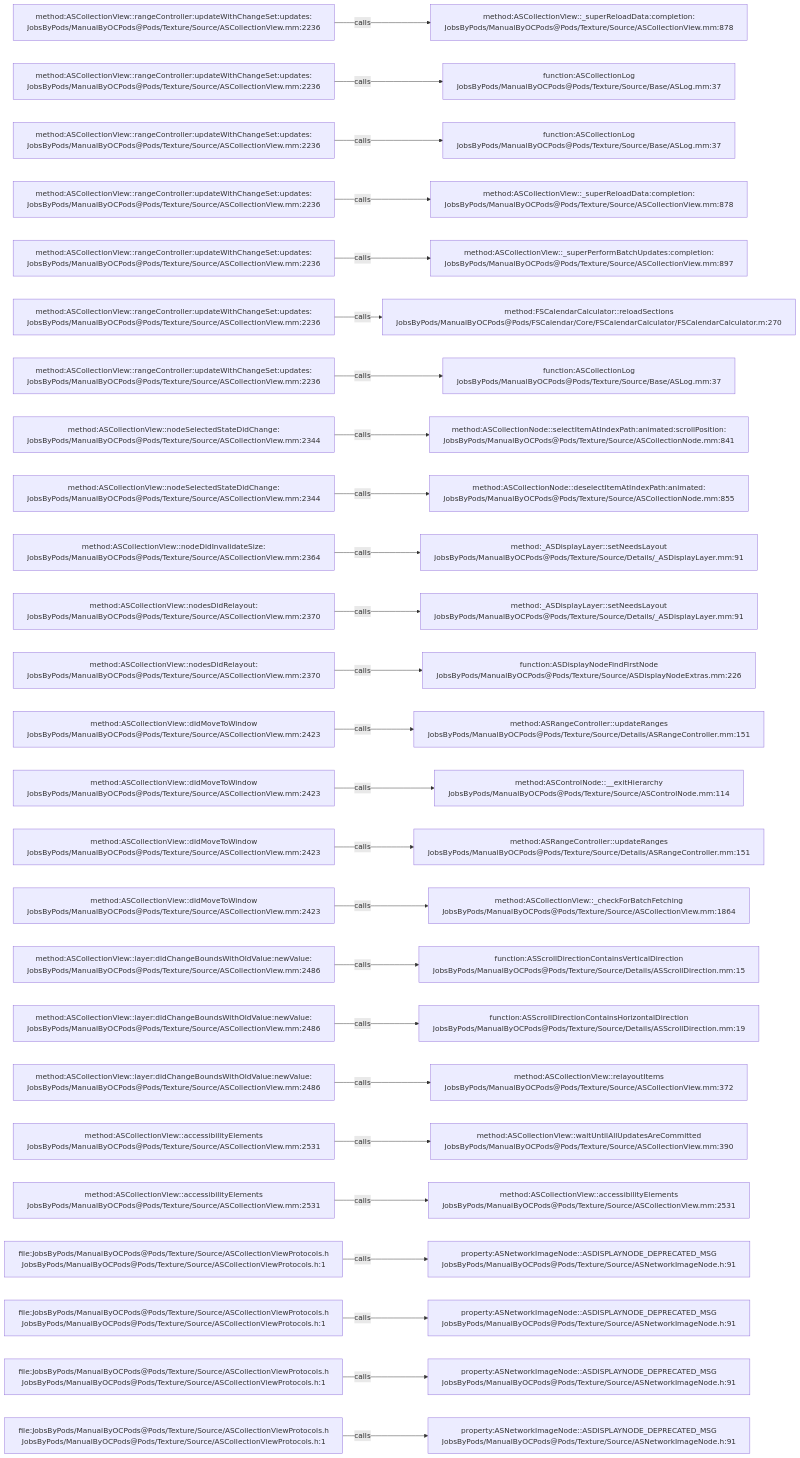
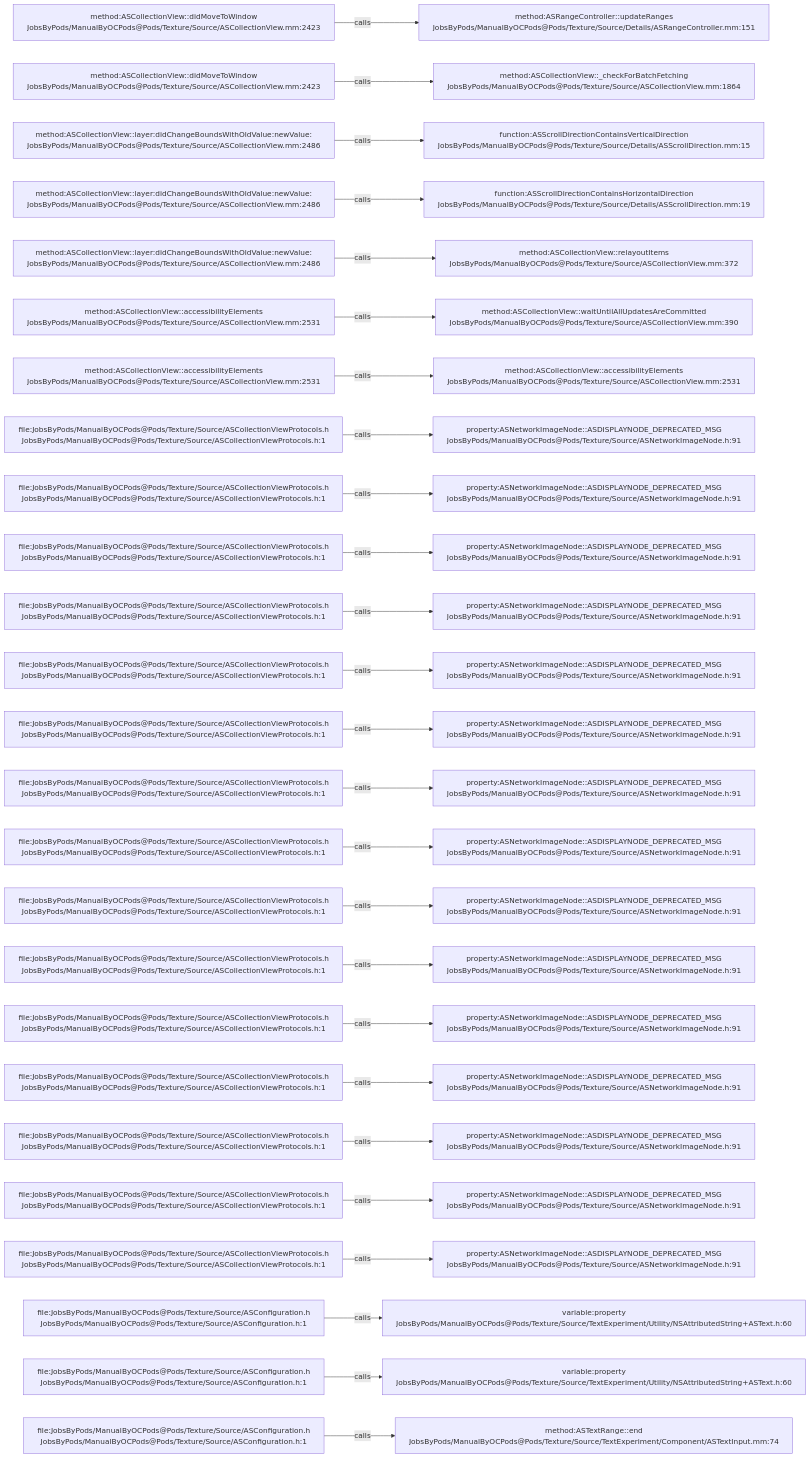
The diagram in .codegraph/codegraph.md/graphs/calls-086.md (JobsKits/JobsOCBaseConfigDemo), drawn with Mermaid before and after one commit. The commit also changed 296 other files, not shown here.

````diff
--- a/.codegraph/codegraph.md/graphs/calls-086.md
+++ b/.codegraph/codegraph.md/graphs/calls-086.md
@@ -13,78 +13,78 @@
 ```mermaid
 flowchart LR
-  S1["method:ASCollectionView::rangeController:updateWithChangeSet:updates:<br/>JobsByPods/ManualByOCPods@Pods/Texture/Source/ASCollectionView.mm:2236"]
-  T1["method:ASCollectionView::_superReloadData:completion:<br/>JobsByPods/ManualByOCPods@Pods/Texture/Source/ASCollectionView.mm:878"]
+  S1["method:ASCollectionView::didMoveToWindow<br/>JobsByPods/ManualByOCPods@Pods/Texture/Source/ASCollectionView.mm:2423"]
+  T1["method:ASRangeController::updateRanges<br/>JobsByPods/ManualByOCPods@Pods/Texture/Source/Details/ASRangeController.mm:151"]
   S1 -->|calls| T1
-  S2["method:ASCollectionView::rangeController:updateWithChangeSet:updates:<br/>JobsByPods/ManualByOCPods@Pods/Texture/Source/ASCollectionView.mm:2236"]
-  T2["function:ASCollectionLog<br/>JobsByPods/ManualByOCPods@Pods/Texture/Source/Base/ASLog.mm:37"]
+  S2["method:ASCollectionView::didMoveToWindow<br/>JobsByPods/ManualByOCPods@Pods/Texture/Source/ASCollectionView.mm:2423"]
+  T2["method:ASCollectionView::_checkForBatchFetching<br/>JobsByPods/ManualByOCPods@Pods/Texture/Source/ASCollectionView.mm:1864"]
   S2 -->|calls| T2
-  S3["method:ASCollectionView::rangeController:updateWithChangeSet:updates:<br/>JobsByPods/ManualByOCPods@Pods/Texture/Source/ASCollectionView.mm:2236"]
-  T3["function:ASCollectionLog<br/>JobsByPods/ManualByOCPods@Pods/Texture/Source/Base/ASLog.mm:37"]
+  S3["method:ASCollectionView::layer:didChangeBoundsWithOldValue:newValue:<br/>JobsByPods/ManualByOCPods@Pods/Texture/Source/ASCollectionView.mm:2486"]
+  T3["function:ASScrollDirectionContainsVerticalDirection<br/>JobsByPods/ManualByOCPods@Pods/Texture/Source/Details/ASScrollDirection.mm:15"]
   S3 -->|calls| T3
-  S4["method:ASCollectionView::rangeController:updateWithChangeSet:updates:<br/>JobsByPods/ManualByOCPods@Pods/Texture/Source/ASCollectionView.mm:2236"]
-  T4["method:ASCollectionView::_superReloadData:completion:<br/>JobsByPods/ManualByOCPods@Pods/Texture/Source/ASCollectionView.mm:878"]
+  S4["method:ASCollectionView::layer:didChangeBoundsWithOldValue:newValue:<br/>JobsByPods/ManualByOCPods@Pods/Texture/Source/ASCollectionView.mm:2486"]
+  T4["function:ASScrollDirectionContainsHorizontalDirection<br/>JobsByPods/ManualByOCPods@Pods/Texture/Source/Details/ASScrollDirection.mm:19"]
   S4 -->|calls| T4
-  S5["method:ASCollectionView::rangeController:updateWithChangeSet:updates:<br/>JobsByPods/ManualByOCPods@Pods/Texture/Source/ASCollectionView.mm:2236"]
-  T5["method:ASCollectionView::_superPerformBatchUpdates:completion:<br/>JobsByPods/ManualByOCPods@Pods/Texture/Source/ASCollectionView.mm:897"]
+  S5["method:ASCollectionView::layer:didChangeBoundsWithOldValue:newValue:<br/>JobsByPods/ManualByOCPods@Pods/Texture/Source/ASCollectionView.mm:2486"]
+  T5["method:ASCollectionView::relayoutItems<br/>JobsByPods/ManualByOCPods@Pods/Texture/Source/ASCollectionView.mm:372"]
   S5 -->|calls| T5
-  S6["method:ASCollectionView::rangeController:updateWithChangeSet:updates:<br/>JobsByPods/ManualByOCPods@Pods/Texture/Source/ASCollectionView.mm:2236"]
-  T6["method:FSCalendarCalculator::reloadSections<br/>JobsByPods/ManualByOCPods@Pods/FSCalendar/Core/FSCalendarCalculator/FSCalendarCalculator.m:270"]
+  S6["method:ASCollectionView::accessibilityElements<br/>JobsByPods/ManualByOCPods@Pods/Texture/Source/ASCollectionView.mm:2531"]
+  T6["method:ASCollectionView::waitUntilAllUpdatesAreCommitted<br/>JobsByPods/ManualByOCPods@Pods/Texture/Source/ASCollectionView.mm:390"]
   S6 -->|calls| T6
-  S7["method:ASCollectionView::rangeController:updateWithChangeSet:updates:<br/>JobsByPods/ManualByOCPods@Pods/Texture/Source/ASCollectionView.mm:2236"]
-  T7["function:ASCollectionLog<br/>JobsByPods/ManualByOCPods@Pods/Texture/Source/Base/ASLog.mm:37"]
+  S7["method:ASCollectionView::accessibilityElements<br/>JobsByPods/ManualByOCPods@Pods/Texture/Source/ASCollectionView.mm:2531"]
+  T7["method:ASCollectionView::accessibilityElements<br/>JobsByPods/ManualByOCPods@Pods/Texture/Source/ASCollectionView.mm:2531"]
   S7 -->|calls| T7
-  S8["method:ASCollectionView::nodeSelectedStateDidChange:<br/>JobsByPods/ManualByOCPods@Pods/Texture/Source/ASCollectionView.mm:2344"]
-  T8["method:ASCollectionNode::selectItemAtIndexPath:animated:scrollPosition:<br/>JobsByPods/ManualByOCPods@Pods/Texture/Source/ASCollectionNode.mm:841"]
+  S8["file:JobsByPods/ManualByOCPods@Pods/Texture/Source/ASCollectionViewProtocols.h<br/>JobsByPods/ManualByOCPods@Pods/Texture/Source/ASCollectionViewProtocols.h:1"]
+  T8["property:ASNetworkImageNode::ASDISPLAYNODE_DEPRECATED_MSG<br/>JobsByPods/ManualByOCPods@Pods/Texture/Source/ASNetworkImageNode.h:91"]
   S8 -->|calls| T8
-  S9["method:ASCollectionView::nodeSelectedStateDidChange:<br/>JobsByPods/ManualByOCPods@Pods/Texture/Source/ASCollectionView.mm:2344"]
-  T9["method:ASCollectionNode::deselectItemAtIndexPath:animated:<br/>JobsByPods/ManualByOCPods@Pods/Texture/Source/ASCollectionNode.mm:855"]
+  S9["file:JobsByPods/ManualByOCPods@Pods/Texture/Source/ASCollectionViewProtocols.h<br/>JobsByPods/ManualByOCPods@Pods/Texture/Source/ASCollectionViewProtocols.h:1"]
+  T9["property:ASNetworkImageNode::ASDISPLAYNODE_DEPRECATED_MSG<br/>JobsByPods/ManualByOCPods@Pods/Texture/Source/ASNetworkImageNode.h:91"]
   S9 -->|calls| T9
-  S10["method:ASCollectionView::nodeDidInvalidateSize:<br/>JobsByPods/ManualByOCPods@Pods/Texture/Source/ASCollectionView.mm:2364"]
-  T10["method:_ASDisplayLayer::setNeedsLayout<br/>JobsByPods/ManualByOCPods@Pods/Texture/Source/Details/_ASDisplayLayer.mm:91"]
+  S10["file:JobsByPods/ManualByOCPods@Pods/Texture/Source/ASCollectionViewProtocols.h<br/>JobsByPods/ManualByOCPods@Pods/Texture/Source/ASCollectionViewProtocols.h:1"]
+  T10["property:ASNetworkImageNode::ASDISPLAYNODE_DEPRECATED_MSG<br/>JobsByPods/ManualByOCPods@Pods/Texture/Source/ASNetworkImageNode.h:91"]
   S10 -->|calls| T10
-  S11["method:ASCollectionView::nodesDidRelayout:<br/>JobsByPods/ManualByOCPods@Pods/Texture/Source/ASCollectionView.mm:2370"]
-  T11["method:_ASDisplayLayer::setNeedsLayout<br/>JobsByPods/ManualByOCPods@Pods/Texture/Source/Details/_ASDisplayLayer.mm:91"]
+  S11["file:JobsByPods/ManualByOCPods@Pods/Texture/Source/ASCollectionViewProtocols.h<br/>JobsByPods/ManualByOCPods@Pods/Texture/Source/ASCollectionViewProtocols.h:1"]
+  T11["property:ASNetworkImageNode::ASDISPLAYNODE_DEPRECATED_MSG<br/>JobsByPods/ManualByOCPods@Pods/Texture/Source/ASNetworkImageNode.h:91"]
   S11 -->|calls| T11
-  S12["method:ASCollectionView::nodesDidRelayout:<br/>JobsByPods/ManualByOCPods@Pods/Texture/Source/ASCollectionView.mm:2370"]
-  T12["function:ASDisplayNodeFindFirstNode<br/>JobsByPods/ManualByOCPods@Pods/Texture/Source/ASDisplayNodeExtras.mm:226"]
+  S12["file:JobsByPods/ManualByOCPods@Pods/Texture/Source/ASCollectionViewProtocols.h<br/>JobsByPods/ManualByOCPods@Pods/Texture/Source/ASCollectionViewProtocols.h:1"]
+  T12["property:ASNetworkImageNode::ASDISPLAYNODE_DEPRECATED_MSG<br/>JobsByPods/ManualByOCPods@Pods/Texture/Source/ASNetworkImageNode.h:91"]
   S12 -->|calls| T12
-  S13["method:ASCollectionView::didMoveToWindow<br/>JobsByPods/ManualByOCPods@Pods/Texture/Source/ASCollectionView.mm:2423"]
-  T13["method:ASRangeController::updateRanges<br/>JobsByPods/ManualByOCPods@Pods/Texture/Source/Details/ASRangeController.mm:151"]
+  S13["file:JobsByPods/ManualByOCPods@Pods/Texture/Source/ASCollectionViewProtocols.h<br/>JobsByPods/ManualByOCPods@Pods/Texture/Source/ASCollectionViewProtocols.h:1"]
+  T13["property:ASNetworkImageNode::ASDISPLAYNODE_DEPRECATED_MSG<br/>JobsByPods/ManualByOCPods@Pods/Texture/Source/ASNetworkImageNode.h:91"]
   S13 -->|calls| T13
-  S14["method:ASCollectionView::didMoveToWindow<br/>JobsByPods/ManualByOCPods@Pods/Texture/Source/ASCollectionView.mm:2423"]
-  T14["method:ASControlNode::__exitHierarchy<br/>JobsByPods/ManualByOCPods@Pods/Texture/Source/ASControlNode.mm:114"]
+  S14["file:JobsByPods/ManualByOCPods@Pods/Texture/Source/ASCollectionViewProtocols.h<br/>JobsByPods/ManualByOCPods@Pods/Texture/Source/ASCollectionViewProtocols.h:1"]
+  T14["property:ASNetworkImageNode::ASDISPLAYNODE_DEPRECATED_MSG<br/>JobsByPods/ManualByOCPods@Pods/Texture/Source/ASNetworkImageNode.h:91"]
   S14 -->|calls| T14
-  S15["method:ASCollectionView::didMoveToWindow<br/>JobsByPods/ManualByOCPods@Pods/Texture/Source/ASCollectionView.mm:2423"]
-  T15["method:ASRangeController::updateRanges<br/>JobsByPods/ManualByOCPods@Pods/Texture/Source/Details/ASRangeController.mm:151"]
+  S15["file:JobsByPods/ManualByOCPods@Pods/Texture/Source/ASCollectionViewProtocols.h<br/>JobsByPods/ManualByOCPods@Pods/Texture/Source/ASCollectionViewProtocols.h:1"]
+  T15["property:ASNetworkImageNode::ASDISPLAYNODE_DEPRECATED_MSG<br/>JobsByPods/ManualByOCPods@Pods/Texture/Source/ASNetworkImageNode.h:91"]
   S15 -->|calls| T15
-  S16["method:ASCollectionView::didMoveToWindow<br/>JobsByPods/ManualByOCPods@Pods/Texture/Source/ASCollectionView.mm:2423"]
-  T16["method:ASCollectionView::_checkForBatchFetching<br/>JobsByPods/ManualByOCPods@Pods/Texture/Source/ASCollectionView.mm:1864"]
+  S16["file:JobsByPods/ManualByOCPods@Pods/Texture/Source/ASCollectionViewProtocols.h<br/>JobsByPods/ManualByOCPods@Pods/Texture/Source/ASCollectionViewProtocols.h:1"]
+  T16["property:ASNetworkImageNode::ASDISPLAYNODE_DEPRECATED_MSG<br/>JobsByPods/ManualByOCPods@Pods/Texture/Source/ASNetworkImageNode.h:91"]
   S16 -->|calls| T16
-  S17["method:ASCollectionView::layer:didChangeBoundsWithOldValue:newValue:<br/>JobsByPods/ManualByOCPods@Pods/Texture/Source/ASCollectionView.mm:2486"]
-  T17["function:ASScrollDirectionContainsVerticalDirection<br/>JobsByPods/ManualByOCPods@Pods/Texture/Source/Details/ASScrollDirection.mm:15"]
+  S17["file:JobsByPods/ManualByOCPods@Pods/Texture/Source/ASCollectionViewProtocols.h<br/>JobsByPods/ManualByOCPods@Pods/Texture/Source/ASCollectionViewProtocols.h:1"]
+  T17["property:ASNetworkImageNode::ASDISPLAYNODE_DEPRECATED_MSG<br/>JobsByPods/ManualByOCPods@Pods/Texture/Source/ASNetworkImageNode.h:91"]
   S17 -->|calls| T17
-  S18["method:ASCollectionView::layer:didChangeBoundsWithOldValue:newValue:<br/>JobsByPods/ManualByOCPods@Pods/Texture/Source/ASCollectionView.mm:2486"]
-  T18["function:ASScrollDirectionContainsHorizontalDirection<br/>JobsByPods/ManualByOCPods@Pods/Texture/Source/Details/ASScrollDirection.mm:19"]
+  S18["file:JobsByPods/ManualByOCPods@Pods/Texture/Source/ASCollectionViewProtocols.h<br/>JobsByPods/ManualByOCPods@Pods/Texture/Source/ASCollectionViewProtocols.h:1"]
+  T18["property:ASNetworkImageNode::ASDISPLAYNODE_DEPRECATED_MSG<br/>JobsByPods/ManualByOCPods@Pods/Texture/Source/ASNetworkImageNode.h:91"]
   S18 -->|calls| T18
-  S19["method:ASCollectionView::layer:didChangeBoundsWithOldValue:newValue:<br/>JobsByPods/ManualByOCPods@Pods/Texture/Source/ASCollectionView.mm:2486"]
-  T19["method:ASCollectionView::relayoutItems<br/>JobsByPods/ManualByOCPods@Pods/Texture/Source/ASCollectionView.mm:372"]
+  S19["file:JobsByPods/ManualByOCPods@Pods/Texture/Source/ASCollectionViewProtocols.h<br/>JobsByPods/ManualByOCPods@Pods/Texture/Source/ASCollectionViewProtocols.h:1"]
+  T19["property:ASNetworkImageNode::ASDISPLAYNODE_DEPRECATED_MSG<br/>JobsByPods/ManualByOCPods@Pods/Texture/Source/ASNetworkImageNode.h:91"]
   S19 -->|calls| T19
-  S20["method:ASCollectionView::accessibilityElements<br/>JobsByPods/ManualByOCPods@Pods/Texture/Source/ASCollectionView.mm:2531"]
-  T20["method:ASCollectionView::waitUntilAllUpdatesAreCommitted<br/>JobsByPods/ManualByOCPods@Pods/Texture/Source/ASCollectionView.mm:390"]
+  S20["file:JobsByPods/ManualByOCPods@Pods/Texture/Source/ASCollectionViewProtocols.h<br/>JobsByPods/ManualByOCPods@Pods/Texture/Source/ASCollectionViewProtocols.h:1"]
+  T20["property:ASNetworkImageNode::ASDISPLAYNODE_DEPRECATED_MSG<br/>JobsByPods/ManualByOCPods@Pods/Texture/Source/ASNetworkImageNode.h:91"]
   S20 -->|calls| T20
-  S21["method:ASCollectionView::accessibilityElements<br/>JobsByPods/ManualByOCPods@Pods/Texture/Source/ASCollectionView.mm:2531"]
-  T21["method:ASCollectionView::accessibilityElements<br/>JobsByPods/ManualByOCPods@Pods/Texture/Source/ASCollectionView.mm:2531"]
+  S21["file:JobsByPods/ManualByOCPods@Pods/Texture/Source/ASCollectionViewProtocols.h<br/>JobsByPods/ManualByOCPods@Pods/Texture/Source/ASCollectionViewProtocols.h:1"]
+  T21["property:ASNetworkImageNode::ASDISPLAYNODE_DEPRECATED_MSG<br/>JobsByPods/ManualByOCPods@Pods/Texture/Source/ASNetworkImageNode.h:91"]
   S21 -->|calls| T21
   S22["file:JobsByPods/ManualByOCPods@Pods/Texture/Source/ASCollectionViewProtocols.h<br/>JobsByPods/ManualByOCPods@Pods/Texture/Source/ASCollectionViewProtocols.h:1"]
   T22["property:ASNetworkImageNode::ASDISPLAYNODE_DEPRECATED_MSG<br/>JobsByPods/ManualByOCPods@Pods/Texture/Source/ASNetworkImageNode.h:91"]
   S22 -->|calls| T22
-  S23["file:JobsByPods/ManualByOCPods@Pods/Texture/Source/ASCollectionViewProtocols.h<br/>JobsByPods/ManualByOCPods@Pods/Texture/Source/ASCollectionViewProtocols.h:1"]
-  T23["property:ASNetworkImageNode::ASDISPLAYNODE_DEPRECATED_MSG<br/>JobsByPods/ManualByOCPods@Pods/Texture/Source/ASNetworkImageNode.h:91"]
+  S23["file:JobsByPods/ManualByOCPods@Pods/Texture/Source/ASConfiguration.h<br/>JobsByPods/ManualByOCPods@Pods/Texture/Source/ASConfiguration.h:1"]
+  T23["variable:property<br/>JobsByPods/ManualByOCPods@Pods/Texture/Source/TextExperiment/Utility/NSAttributedString+ASText.h:60"]
   S23 -->|calls| T23
-  S24["file:JobsByPods/ManualByOCPods@Pods/Texture/Source/ASCollectionViewProtocols.h<br/>JobsByPods/ManualByOCPods@Pods/Texture/Source/ASCollectionViewProtocols.h:1"]
-  T24["property:ASNetworkImageNode::ASDISPLAYNODE_DEPRECATED_MSG<br/>JobsByPods/ManualByOCPods@Pods/Texture/Source/ASNetworkImageNode.h:91"]
+  S24["file:JobsByPods/ManualByOCPods@Pods/Texture/Source/ASConfiguration.h<br/>JobsByPods/ManualByOCPods@Pods/Texture/Source/ASConfiguration.h:1"]
+  T24["variable:property<br/>JobsByPods/ManualByOCPods@Pods/Texture/Source/TextExperiment/Utility/NSAttributedString+ASText.h:60"]
   S24 -->|calls| T24
-  S25["file:JobsByPods/ManualByOCPods@Pods/Texture/Source/ASCollectionViewProtocols.h<br/>JobsByPods/ManualByOCPods@Pods/Texture/Source/ASCollectionViewProtocols.h:1"]
-  T25["property:ASNetworkImageNode::ASDISPLAYNODE_DEPRECATED_MSG<br/>JobsByPods/ManualByOCPods@Pods/Texture/Source/ASNetworkImageNode.h:91"]
+  S25["file:JobsByPods/ManualByOCPods@Pods/Texture/Source/ASConfiguration.h<br/>JobsByPods/ManualByOCPods@Pods/Texture/Source/ASConfiguration.h:1"]
+  T25["method:ASTextRange::end<br/>JobsByPods/ManualByOCPods@Pods/Texture/Source/TextExperiment/Component/ASTextInput.mm:74"]
   S25 -->|calls| T25
 ```
````
